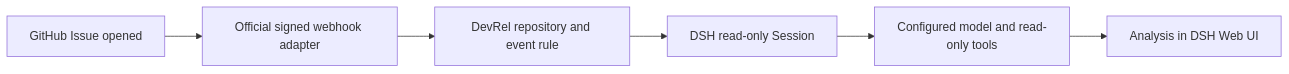
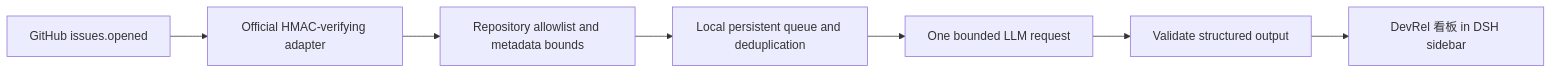
Before and after one commit to Mian-mian-hub/dsh-devrel-toolkit: the diagram in docs/github-issues.md, drawn with Mermaid. The commit also changed other lines of this file and 22 other files, not shown here.

Commit message:
Add sidebar DevRel board with background issue triage

````diff
--- a/docs/github-issues.md
+++ b/docs/github-issues.md
@@ -9,8 +3,9 @@
 ```mermaid
 flowchart LR
-  G[GitHub Issue opened] --> H[Official signed webhook adapter]
-  H --> R[DevRel repository and event rule]
-  R --> S[DSH read-only Session]
-  S --> M[Configured model and read-only tools]
-  M --> U[Analysis in DSH Web UI]
+  G[GitHub issues.opened] --> H[Official HMAC-verifying adapter]
+  H --> F[Repository allowlist and metadata bounds]
+  F --> Q[Local persistent queue and deduplication]
+  Q --> M[One bounded LLM request]
+  M --> V[Validate structured output]
+  V --> B[DevRel 看板 in DSH sidebar]
 ```
````
